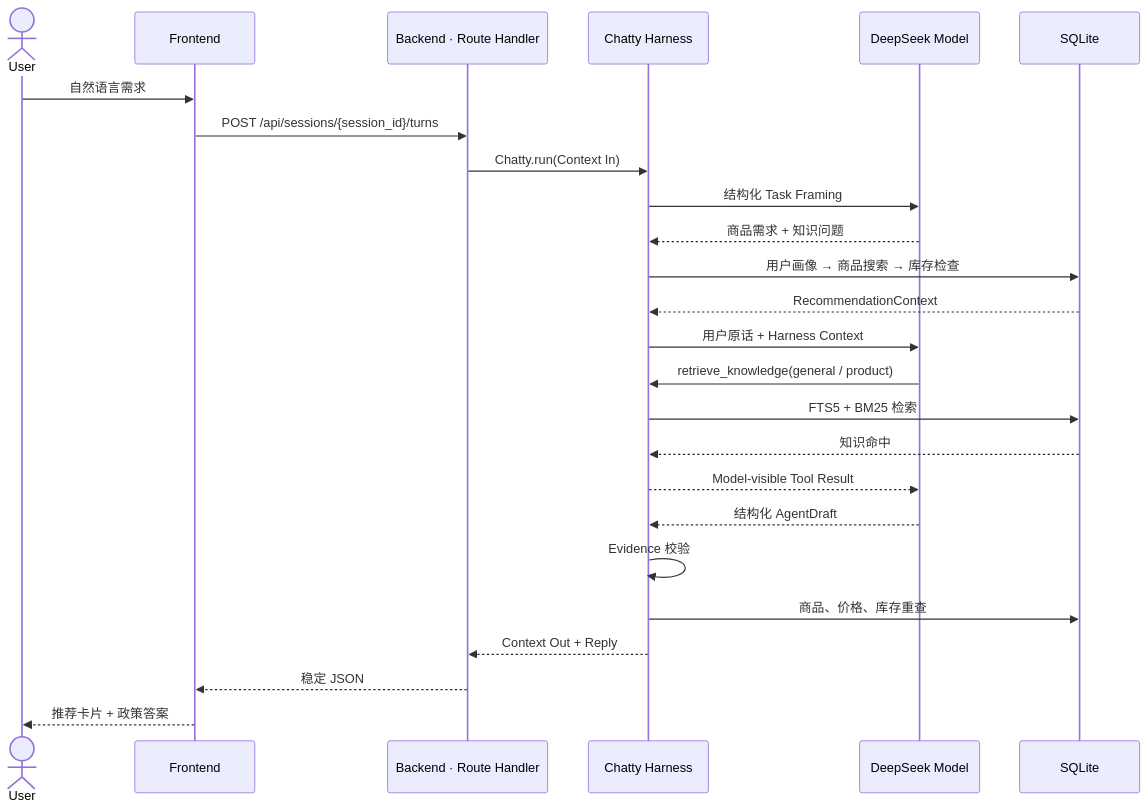
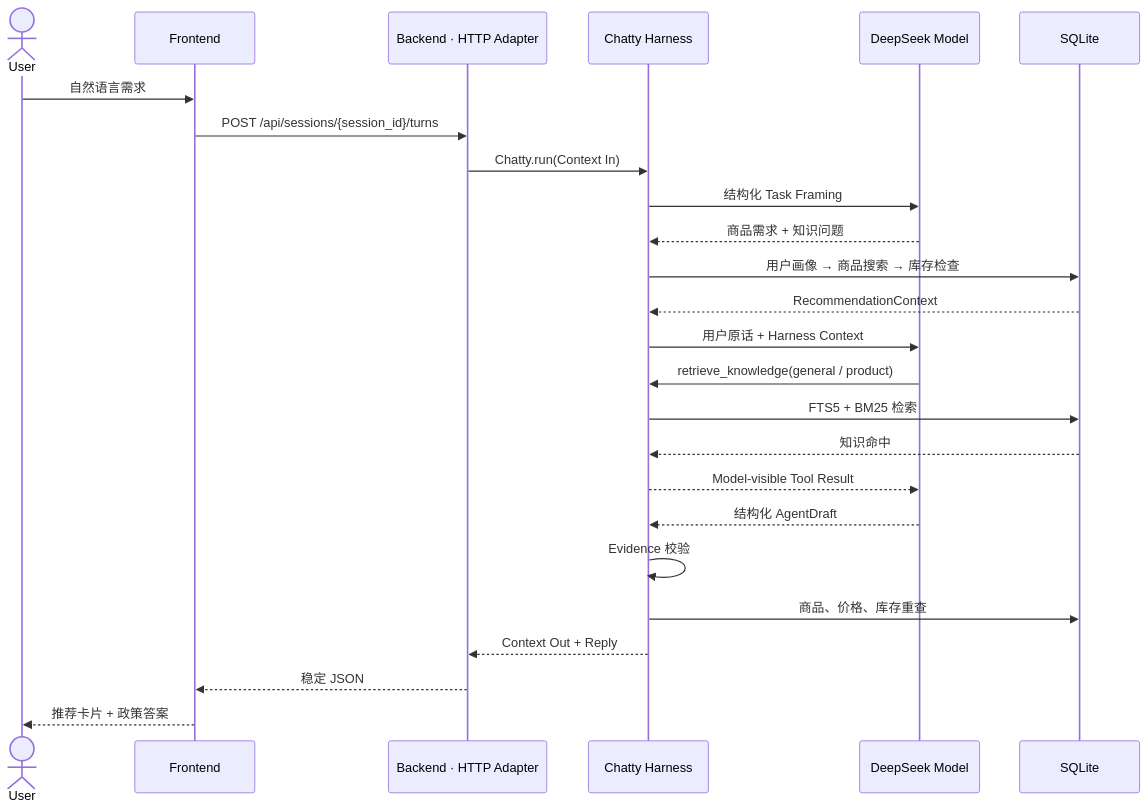
One commit to ImWenyaoT/chatty changed the diagram in docs/chatty-book/chapter2.md. Above: the diagram before and after it, drawn with Mermaid. The commit also changed other lines of this file and 47 other files, not shown here.

````diff
--- a/docs/chatty-book/chapter2.md
+++ b/docs/chatty-book/chapter2.md
@@ -60,28 +60,28 @@
 ```mermaid
 sequenceDiagram
     actor U as User
     participant F as Frontend
-    participant A as Backend · Route Handler
+    participant A as Backend · HTTP Adapter
     participant H as Chatty Harness
     participant M as DeepSeek Model
     participant D as SQLite
 
     U->>F: 自然语言需求
     F->>A: POST /api/sessions/{session_id}/turns
     A->>H: Chatty.run(Context In)
     H->>M: 结构化 Task Framing
     M-->>H: 商品需求 + 知识问题
     H->>D: 用户画像 → 商品搜索 → 库存检查
     D-->>H: RecommendationContext
     H->>M: 用户原话 + Harness Context
     M->>H: retrieve_knowledge(general / product)
     H->>D: FTS5 + BM25 检索
     D-->>H: 知识命中
     H-->>M: Model-visible Tool Result
     M-->>H: 结构化 AgentDraft
     H->>H: Evidence 校验
     H->>D: 商品、价格、库存重查
     H-->>A: Context Out + Reply
     A-->>F: 稳定 JSON
     F-->>U: 推荐卡片 + 政策答案
 ```
````
